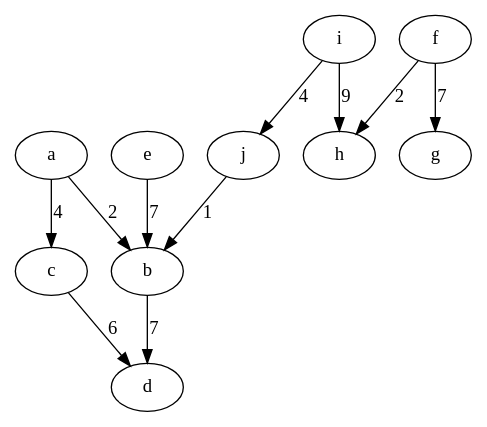
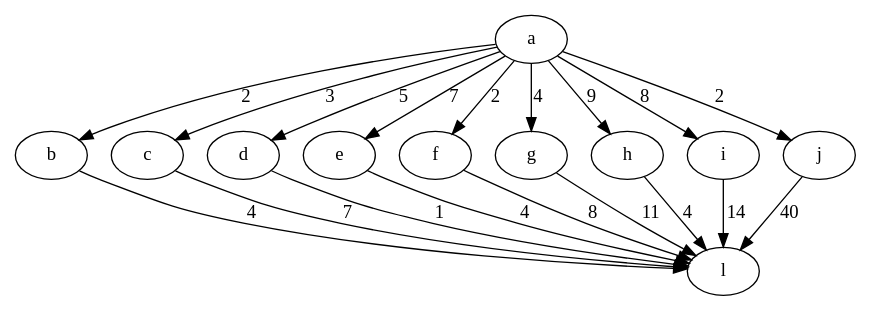
One commit to Jordanwmk/Paralex changed the diagram in src/test.dot. Above: the diagram before and after it, drawn with Graphviz. The commit also changed 1 other file, not shown here.

```diff
--- a/src/test.dot
+++ b/src/test.dot
@@ -1,22 +1,31 @@
 digraph {
+a	[weight="2"];
 b	[weight="5"];
-a	[weight="2"];
 c	[weight="6"];
 d	[weight="3"];
 e	[weight="3"];
 f	[weight="6"];
 g	[weight="6"];
 h	[weight="1"];
 i	[weight="4"];
 j	[weight="5"];
+l	[weight="4"];
 a -> b[label="2",weight="2"];
-a -> c[label="4",weight="4"];
-c -> d[label="6",weight="6"];
-b -> d[label="7",weight="7"];
-e -> b[label="7",weight="7"];
-f -> g[label="7",weight="7"];
-f -> h[label="2",weight="2"];
-i -> j[label="4",weight="4"];
-i -> h[label="9",weight="9"];
-j -> b[label="1",weight="1"];
+a -> c[label="3",weight="3"];
+a -> d[label="5",weight="5"];
+a -> e[label="7",weight="7"];
+a -> f[label="2",weight="2"];
+a -> g[label="4",weight="4"];
+a -> h[label="9",weight="9"];
+a -> i[label="8",weight="8"];
+a -> j[label="2",weight="2"];
+b -> l[label="4",weight="4"];
+c -> l[label="7",weight="7"];
+d -> l[label="1",weight="1"];
+e -> l[label="4",weight="4"];
+f -> l[label="8",weight="8"];
+g -> l[label="11",weight="11"];
+h -> l[label="4",weight="4"];
+i -> l[label="14",weight="14"];
+j -> l[label="40",weight="40"];
 }
```
